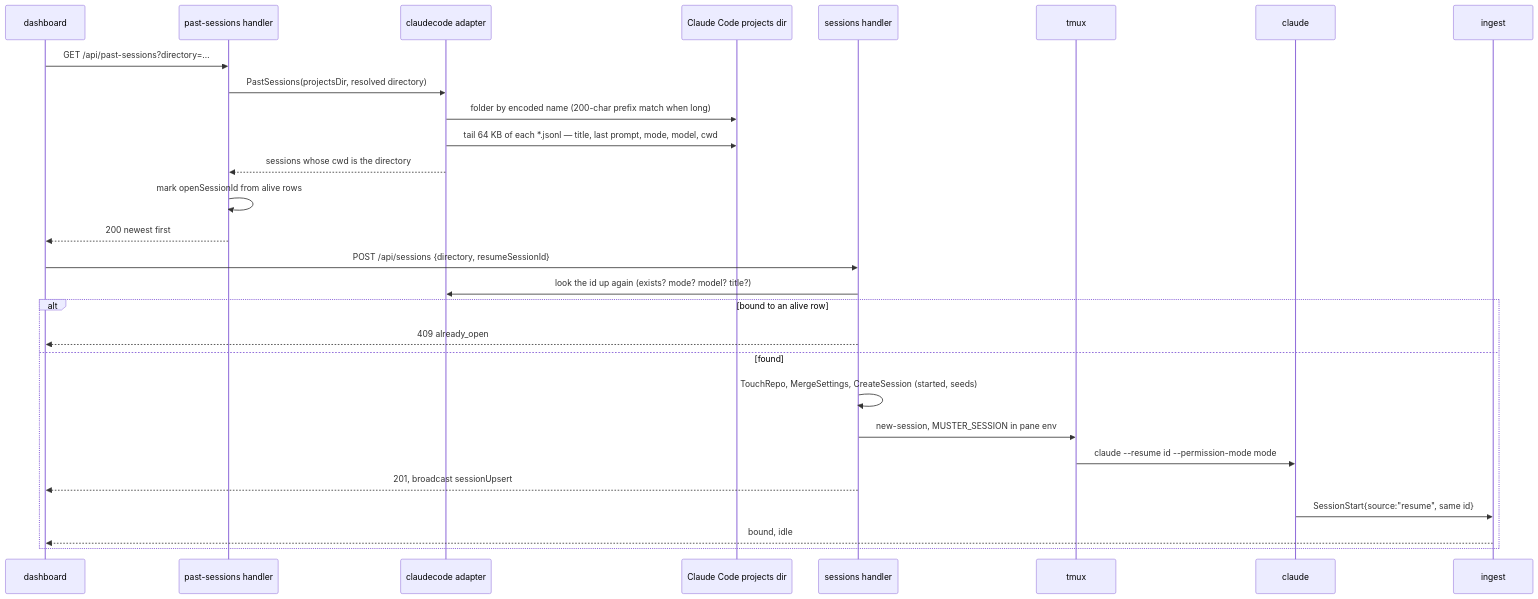
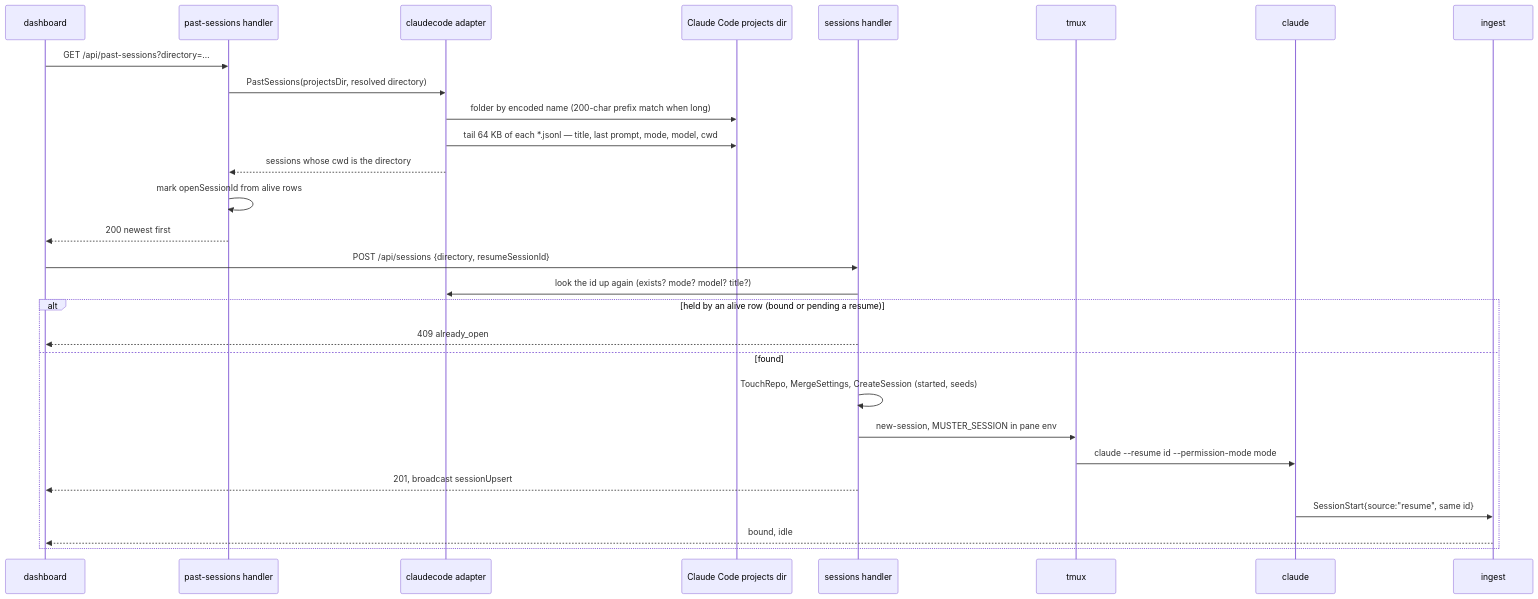
One commit to Zalaras/muster changed the diagram in plans/resume-and-dangerously-allow/plan.md. Above: the diagram before and after it, drawn with Mermaid. The commit also changed other lines of this file and 141 other files, not shown here.

````diff
--- a/plans/resume-and-dangerously-allow/plan.md
+++ b/plans/resume-and-dangerously-allow/plan.md
@@ -167,31 +170,31 @@
 ```mermaid
 sequenceDiagram
     participant UI as dashboard
     participant P as past-sessions handler
     participant A as claudecode adapter
     participant FS as Claude Code projects dir
     participant S as sessions handler
     participant T as tmux
     participant CC as claude
     participant I as ingest
 
     UI->>P: GET /api/past-sessions?directory=…
     P->>A: PastSessions(projectsDir, resolved directory)
     A->>FS: folder by encoded name (200-char prefix match when long)
     A->>FS: tail 64 KB of each *.jsonl — title, last prompt, mode, model, cwd
     A-->>P: sessions whose cwd is the directory
     P->>P: mark openSessionId from alive rows
     P-->>UI: 200 newest first
     UI->>S: POST /api/sessions {directory, resumeSessionId}
     S->>A: look the id up again (exists? mode? model? title?)
-    alt bound to an alive row
+    alt held by an alive row (bound or pending a resume)
         S-->>UI: 409 already_open
     else found
         S->>S: TouchRepo, MergeSettings, CreateSession (started, seeds)
         S->>T: new-session, MUSTER_SESSION in pane env
         T->>CC: claude --resume id --permission-mode mode
         S-->>UI: 201, broadcast sessionUpsert
         CC->>I: SessionStart{source:"resume", same id}
         I-->>UI: bound, idle
     end
 ```
````
